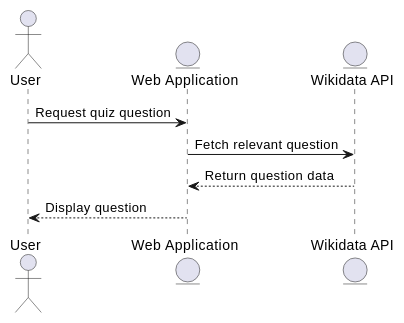
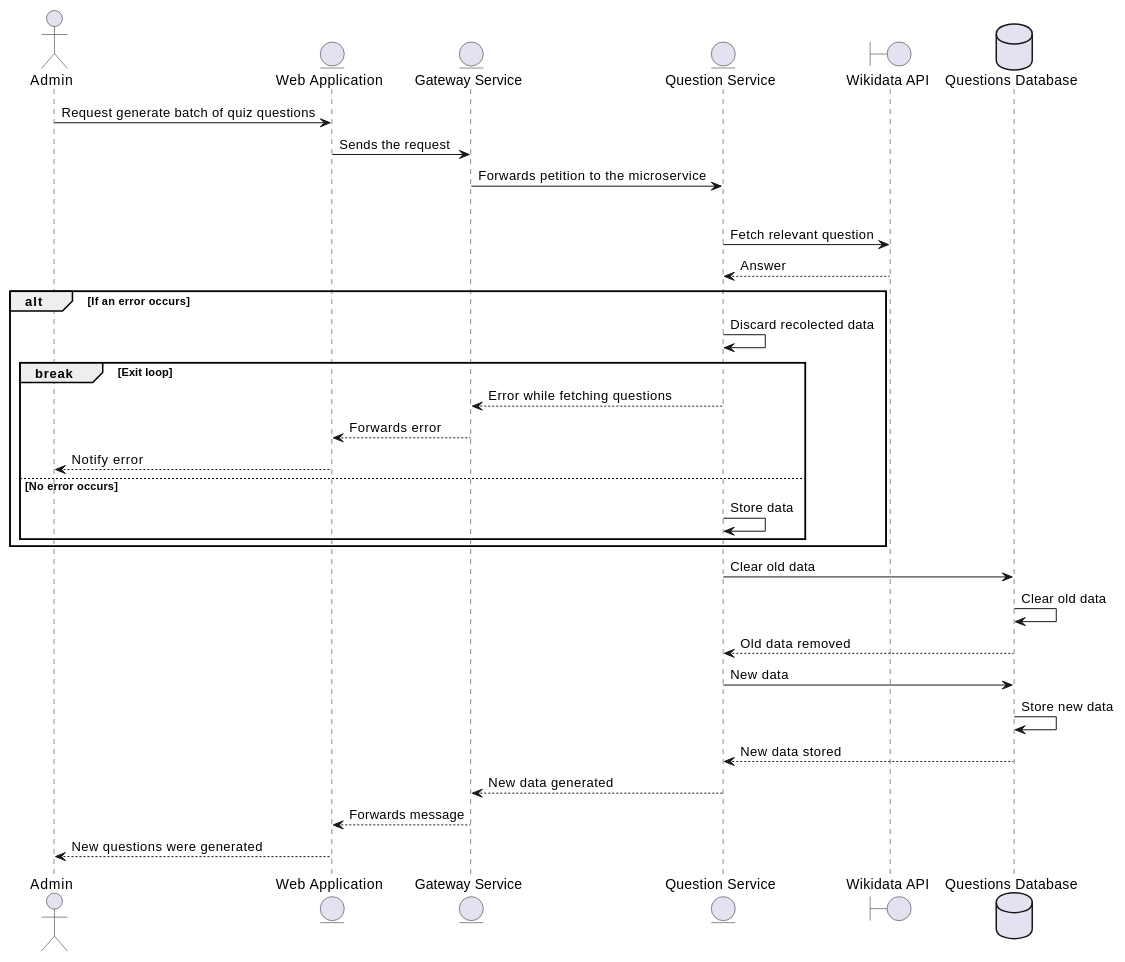
The third of 5 diagrams in docs/src/06_runtime_view.adoc (Arquisoft/wichat_en1b), drawn with PlantUML before and after one commit. The commit also changed other lines of this file, not shown here.

Commit message:
Fixed Quiz Question Retrieval runtime view sequence

```diff
--- a/docs/src/06_runtime_view.adoc
+++ b/docs/src/06_runtime_view.adoc
@@ -130,11 +130,35 @@
 [plantuml,"Quiz Question Retrieval",png]
 ----
-actor User
+actor Admin
 entity "Web Application" as App
-entity "Wikidata API" as Wiki
+entity "Gateway Service" as Gat
+entity "Question Service" as Qus
+boundary "Wikidata API" as Wiki
+database "Questions Database" as Qdb
 
-User -> App: Request quiz question
-App -> Wiki: Fetch relevant question
-Wiki --> App: Return question data
-App --> User: Display question
+Admin -> App: Request generate batch of quiz questions
+App -> Gat: Sends the request
+Gat -> Qus: Forwards petition to the microservice
+loop Until batch is full
+    Qus -> Wiki: Fetch relevant question
+    Wiki --> Qus: Answer
+    alt If an error occurs
+        Qus -> Qus: Discard recolected data
+        break Exit loop
+        Qus --> Gat: Error while fetching questions
+        Gat --> App: Forwards error
+        App --> Admin: Notify error
+    else No error occurs
+        Qus -> Qus: Store data
+    end
+end
+Qus -> Qdb: Clear old data
+Qdb -> Qdb: Clear old data
+Qdb --> Qus: Old data removed
+Qus -> Qdb: New data
+Qdb -> Qdb: Store new data
+Qdb --> Qus: New data stored
+Qus --> Gat: New data generated
+Gat --> App: Forwards message
+App --> Admin: New questions were generated
 ----
```
